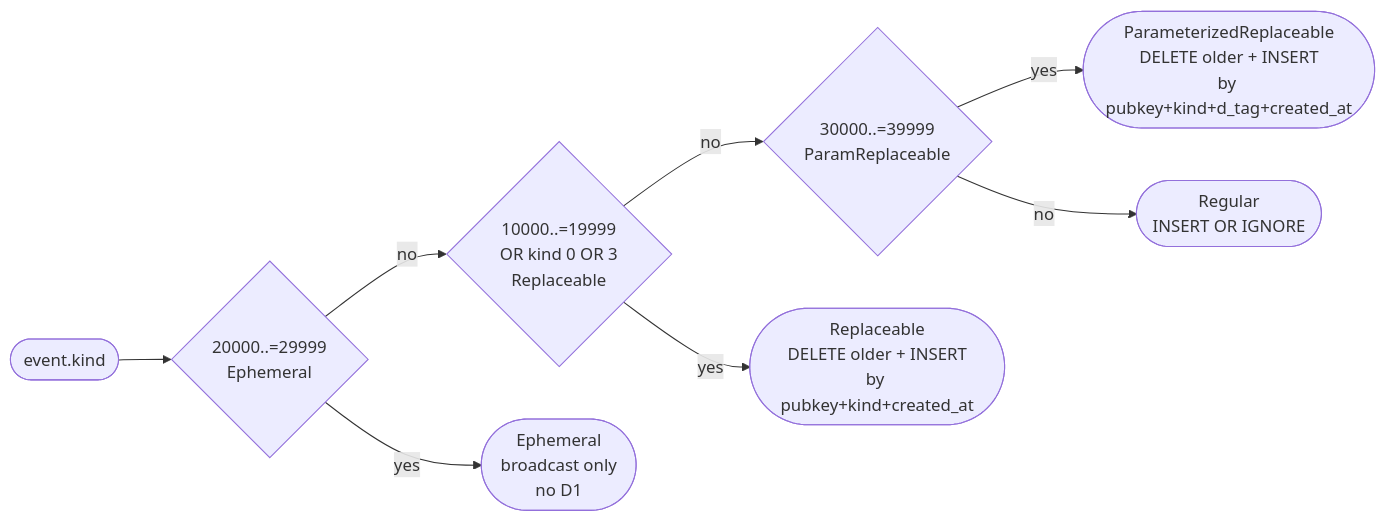
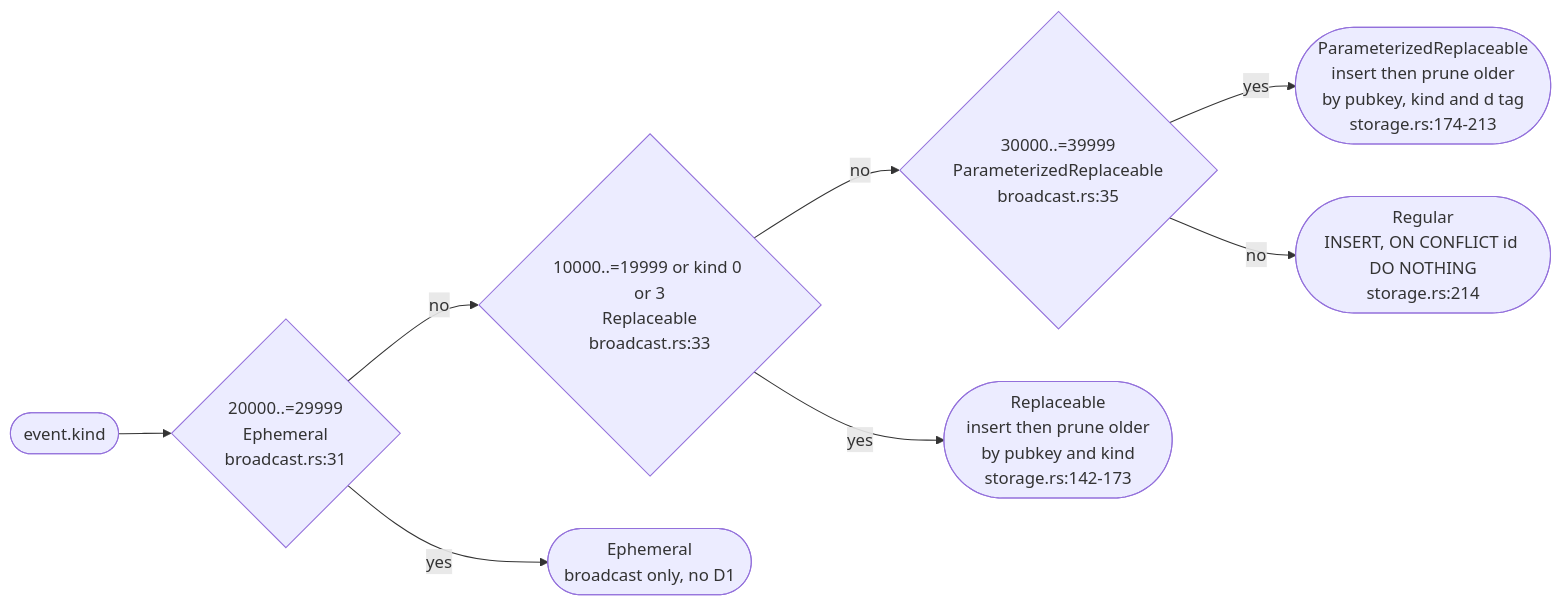
The fourth of 12 diagrams in docs/diagrams/relay-event-admission.md (DreamLab-AI/nostr-rust-forum), drawn with Mermaid before and after one commit. The commit also changed other lines of this file and 4 other files, not shown here.

First line of the commit message:
docs(diagrams): bring the diagram corpus up to 3c48e26 (NIP-09 tombstones, deletion sync, NIP-42 receipts, per-identity zone keys)

````diff
--- a/docs/diagrams/relay-event-admission.md
+++ b/docs/diagrams/relay-event-admission.md
@@ -274,19 +299,19 @@
 ```mermaid
 flowchart LR
     K([event.kind])
-    E{20000..=29999\nEphemeral}
-    R{10000..=19999\nOR kind 0 OR 3\nReplaceable}
-    P{30000..=39999\nParamReplaceable}
-    REG([Regular\nINSERT OR IGNORE])
-    EP([Ephemeral\nbroadcast only\nno D1])
-    RP([Replaceable\nDELETE older + INSERT\nby pubkey+kind+created_at])
-    PR([ParameterizedReplaceable\nDELETE older + INSERT\nby pubkey+kind+d_tag+created_at])
+    E{20000..=29999<br/>Ephemeral<br/>broadcast.rs:31}
+    R{10000..=19999 or kind 0 or 3<br/>Replaceable<br/>broadcast.rs:33}
+    P{30000..=39999<br/>ParameterizedReplaceable<br/>broadcast.rs:35}
+    REG([Regular<br/>INSERT, ON CONFLICT id DO NOTHING<br/>storage.rs:214])
+    EP([Ephemeral<br/>broadcast only, no D1])
+    RP([Replaceable<br/>insert then prune older<br/>by pubkey and kind<br/>storage.rs:142-173])
+    PR([ParameterizedReplaceable<br/>insert then prune older<br/>by pubkey, kind and d tag<br/>storage.rs:174-213])
 
     K --> E
     E -->|yes| EP
     E -->|no| R
     R -->|yes| RP
     R -->|no| P
     P -->|yes| PR
     P -->|no| REG
 ```
````
